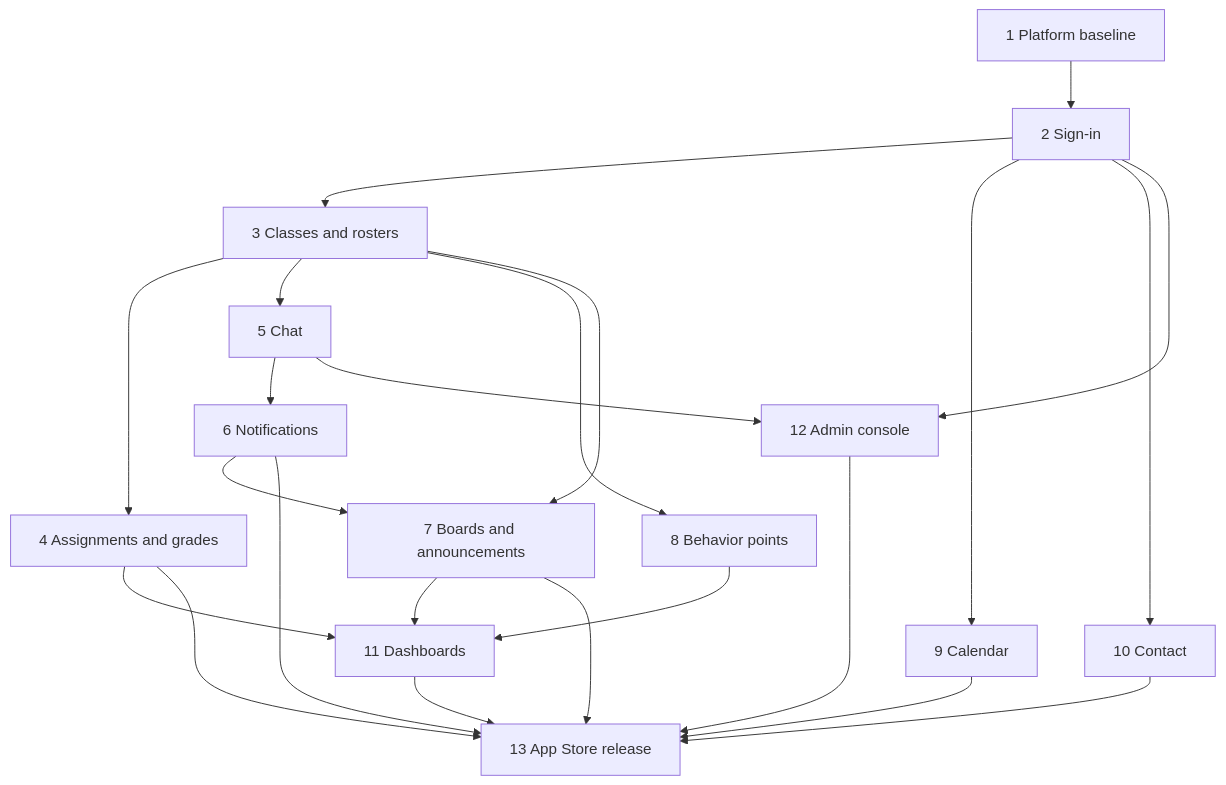
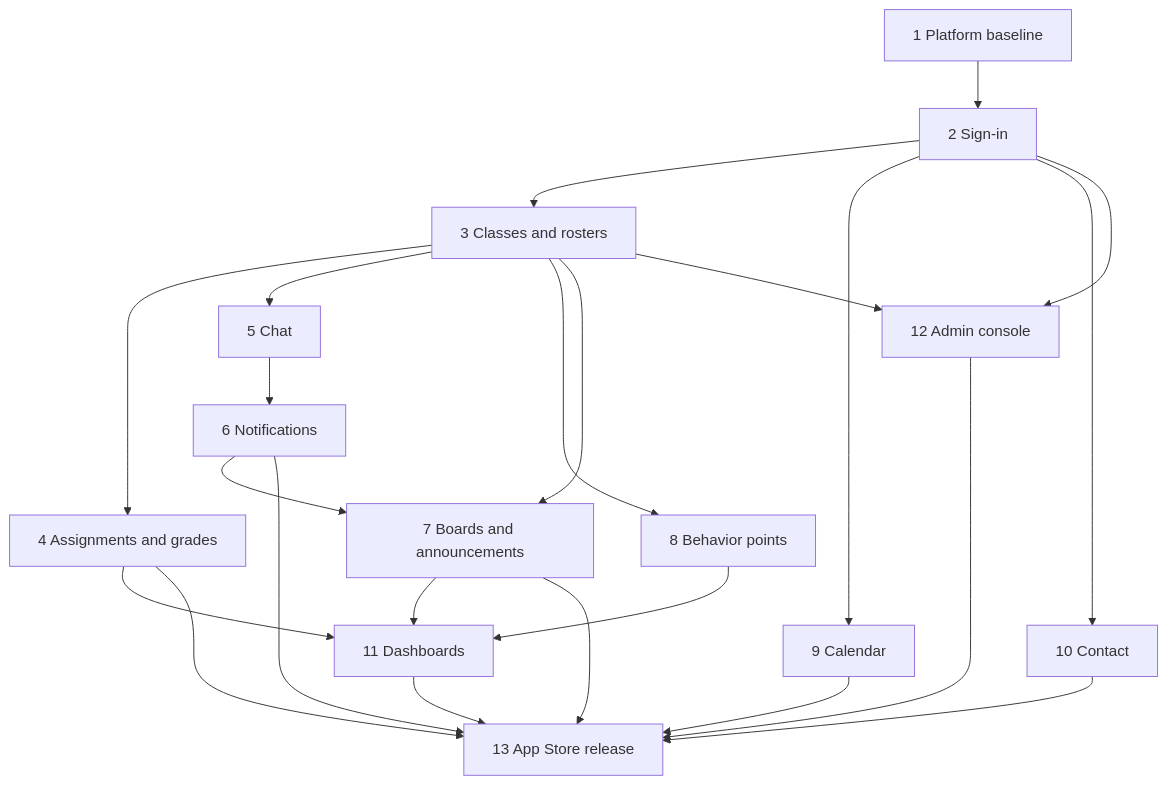
The diagram in _bmad-output/initiative-capacitor-supabase-port/architecture-capacitor-supabase-port/epic-map-capacitor-supabase-port.md (Sallvainian/Fermi), drawn with Mermaid before and after one commit. The commit also changed other lines of this file and 22 other files, not shown here.

First line of the commit message:
chore(bmad): fold the architecture spine into the Capacitor Supabase Port

````diff
--- a/_bmad-output/initiative-capacitor-supabase-port/architecture-capacitor-supabase-port/epic-map-capacitor-supabase-port.md
+++ b/_bmad-output/initiative-capacitor-supabase-port/architecture-capacitor-supabase-port/epic-map-capacitor-supabase-port.md
@@ -12,25 +13,25 @@
 ```mermaid
 flowchart TD
   E1[1 Platform baseline] --> E2[2 Sign-in]
   E2 --> E3[3 Classes and rosters]
   E2 --> E9[9 Calendar]
   E2 --> E10[10 Contact]
   E3 --> E4[4 Assignments and grades]
   E3 --> E5[5 Chat]
   E3 --> E8[8 Behavior points]
   E5 --> E6[6 Notifications]
   E3 --> E7[7 Boards and announcements]
   E6 --> E7
   E4 --> E11[11 Dashboards]
   E7 --> E11
   E8 --> E11
   E2 --> E12[12 Admin console]
-  E5 --> E12
+  E3 --> E12
   E4 --> E13[13 App Store release]
   E6 --> E13
   E7 --> E13
   E9 --> E13
   E10 --> E13
   E11 --> E13
   E12 --> E13
 ```
````
